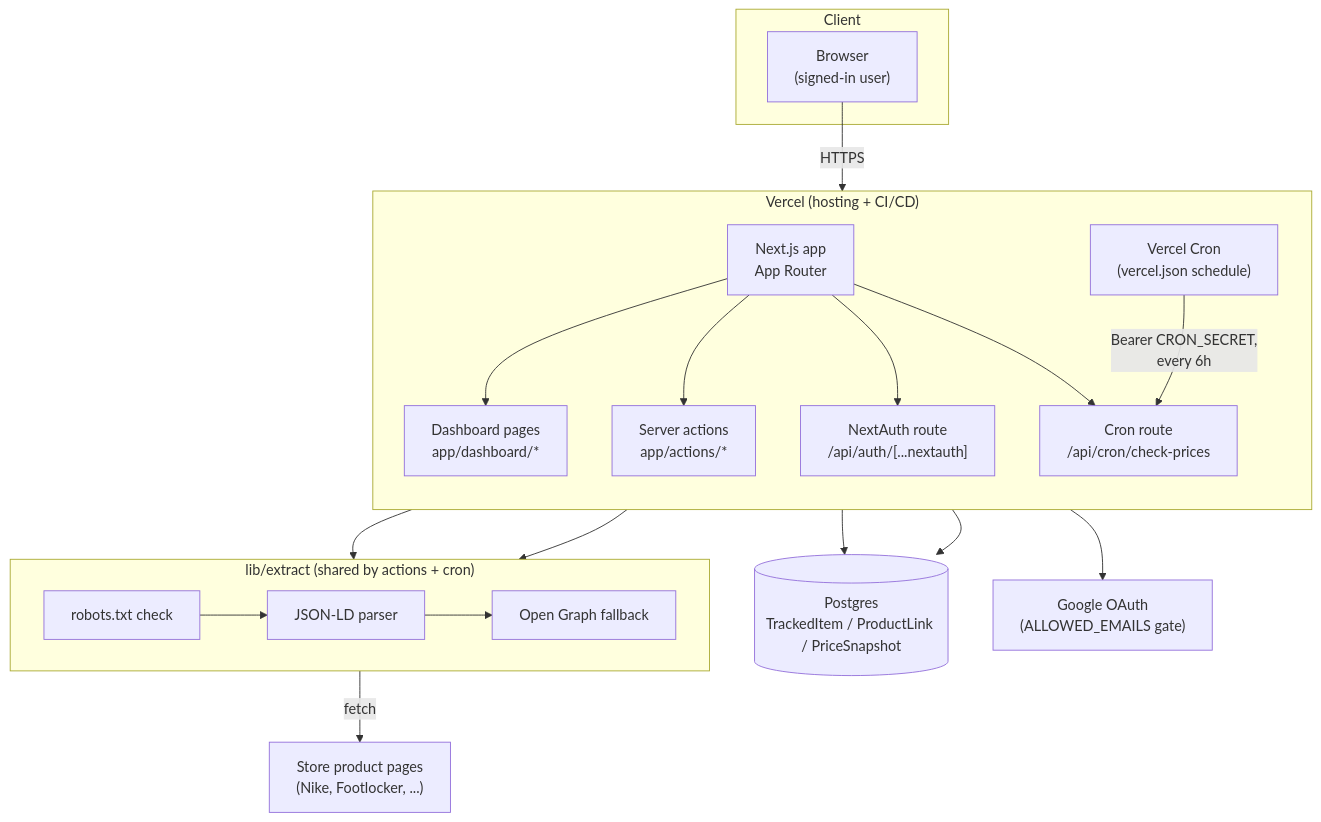
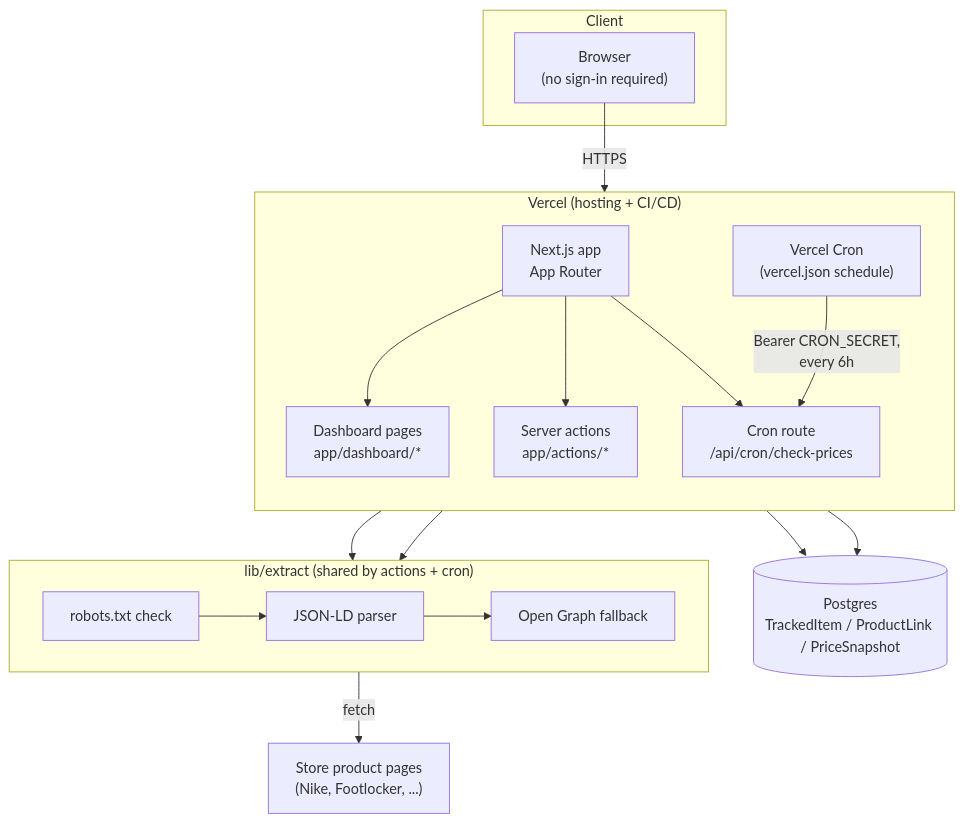
The second of 4 diagrams in README.md (liranmeir/price-watch), drawn with Mermaid before and after one commit. The commit also changed other lines of this file and 16 other files, not shown here.

````diff
--- a/README.md
+++ b/README.md
@@ -56,41 +72,37 @@
 ```mermaid
 flowchart TD
     subgraph Client
-        Browser["Browser<br/>(signed-in user)"]
+        Browser["Browser<br/>(no sign-in required)"]
     end
 
     subgraph Vercel["Vercel (hosting + CI/CD)"]
         direction TB
         NextApp["Next.js app<br/>App Router"]
         Pages["Dashboard pages<br/>app/dashboard/*"]
         Actions["Server actions<br/>app/actions/*"]
-        AuthRoute["NextAuth route<br/>/api/auth/[...nextauth]"]
         CronRoute["Cron route<br/>/api/cron/check-prices"]
         CronTrigger["Vercel Cron<br/>(vercel.json schedule)"]
 
         NextApp --> Pages
         NextApp --> Actions
-        NextApp --> AuthRoute
         NextApp --> CronRoute
         CronTrigger -- "Bearer CRON_SECRET,<br/>every 6h" --> CronRoute
     end
 
     subgraph Extract["lib/extract (shared by actions + cron)"]
         Robots["robots.txt check"]
         JsonLd["JSON-LD parser"]
         OG["Open Graph fallback"]
         Robots --> JsonLd --> OG
     end
 
     DB[("Postgres<br/>TrackedItem / ProductLink / PriceSnapshot")]
-    Google["Google OAuth<br/>(ALLOWED_EMAILS gate)"]
     Stores["Store product pages<br/>(Nike, Footlocker, ...)"]
 
     Browser -- "HTTPS" --> NextApp
     Pages --> DB
     Actions --> DB
     Actions --> Extract
     CronRoute --> Extract
     Extract -- "fetch" --> Stores
-    AuthRoute --> Google
 ```
````
